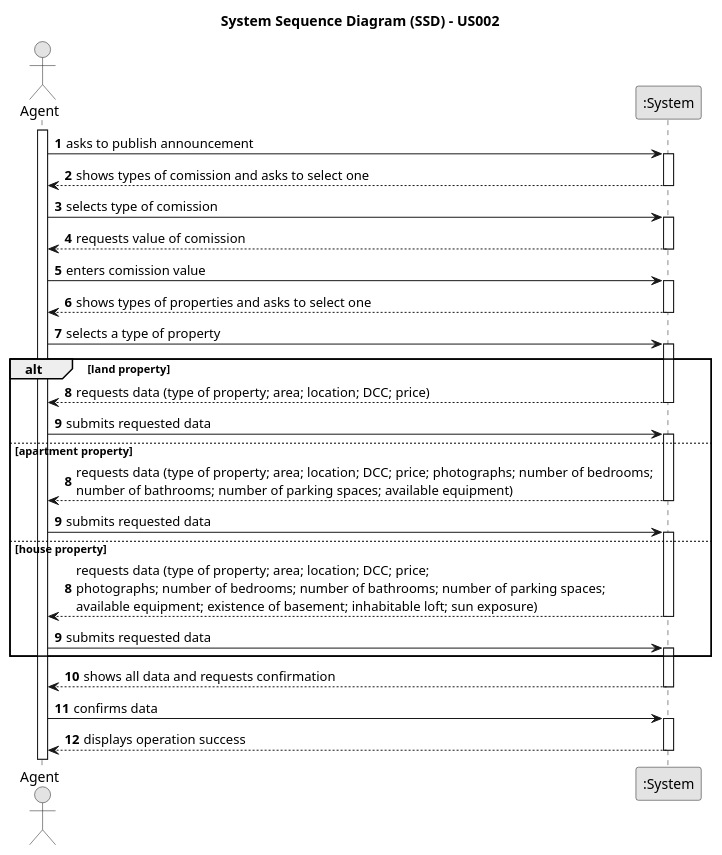
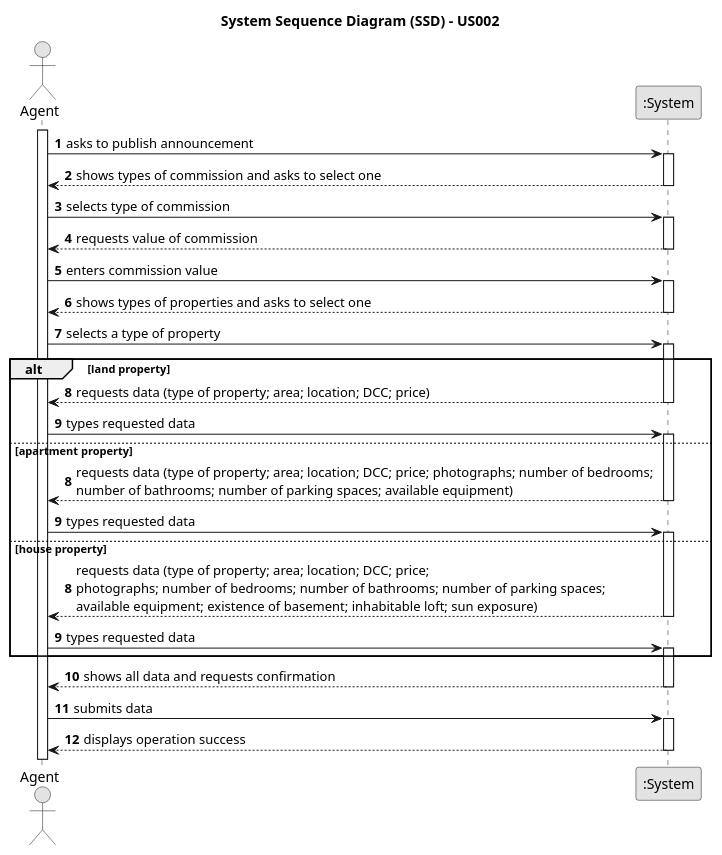
The diagram in docs/sprintB/us002/01.requirements-engineering/puml/us002-system-sequence-diagram.puml (rita-barbosa/LAPR2-2223), drawn with PlantUML before and after one commit. The commit also changed 1 other file, not shown here.

```diff
--- a/docs/sprintB/us002/01.requirements-engineering/puml/us002-system-sequence-diagram.puml
+++ b/docs/sprintB/us002/01.requirements-engineering/puml/us002-system-sequence-diagram.puml
@@ -1,66 +1,71 @@
 @startuml
 skinparam monochrome true
 skinparam packageStyle rectangle
 skinparam shadowing false
 
 title System Sequence Diagram (SSD) - US002
 
 autonumber
 
 actor "Agent" as Employee
 participant ":System" as System
 
 activate Employee
 
     Employee -> System : asks to publish announcement
     activate System
 
-      System --> Employee : shows types of comission and asks to select one
+      System --> Employee : shows types of commission and asks to select one
     deactivate System
 
-    Employee -> System : selects type of comission
+    Employee -> System : selects type of commission
     activate System
 
-    System --> Employee : requests value of comission
+    System --> Employee : requests value of commission
     deactivate System
 
-    Employee -> System : enters comission value
+    Employee -> System : enters commission value
     activate System
 
     System --> Employee : shows types of properties and asks to select one
     deactivate System
 
     Employee -> System : selects a type of property
         activate System
 
     alt land property
+
     autonumber 8
        System --> Employee : requests data (type of property; area; location; DCC; price)
           deactivate System
-      Employee -> System : submits requested data
+      Employee -> System : types requested data
               activate System
 
     else apartment property
+
      autonumber 8
       System --> Employee : requests data (type of property; area; location; DCC; price; photographs; number of bedrooms; \nnumber of bathrooms; number of parking spaces; available equipment)
         deactivate System
-    Employee -> System : submits requested data
+    Employee -> System : types requested data
             activate System
+
     else house property
+
      autonumber 8
       System --> Employee : requests data (type of property; area; location; DCC; price; \nphotographs; number of bedrooms; number of bathrooms; number of parking spaces; \navailable equipment; existence of basement; inhabitable loft; sun exposure)
         deactivate System
 
-        Employee -> System : submits requested data
+        Employee -> System : types requested data
         activate System
-end
+
+    end
         System --> Employee : shows all data and requests confirmation
     deactivate System
 
-    Employee -> System : confirms data
+    Employee -> System : submits data
     activate System
 
         System --> Employee : displays operation success
     deactivate System
 
 @enduml
```
